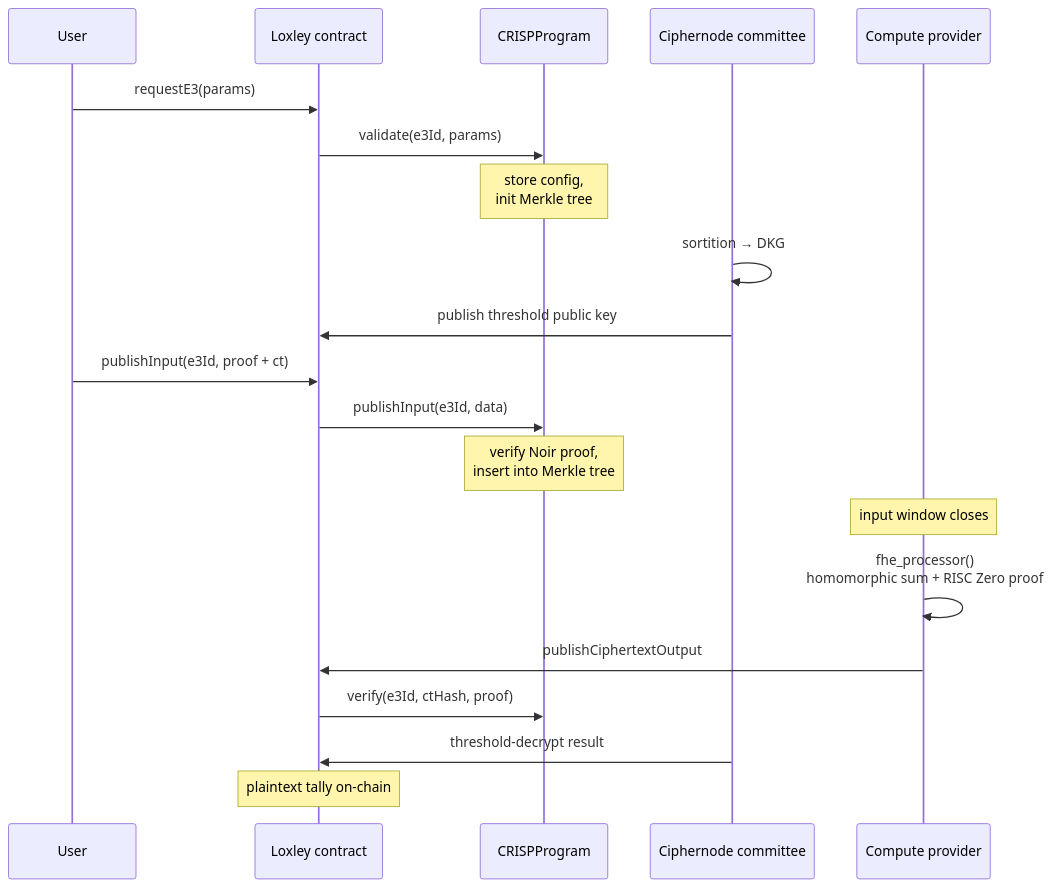
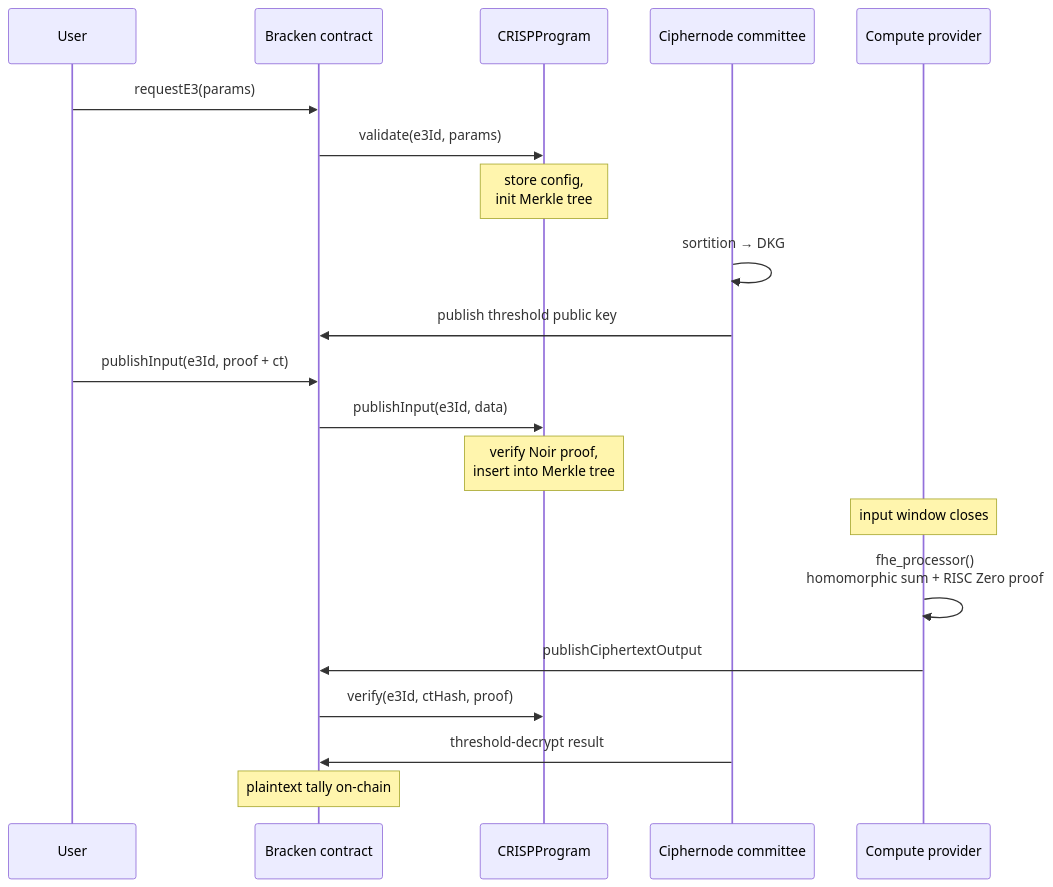
The diagram in docs/pages/tutorials/write-e3-program.mdx (thecryptodog12-rgb/bracken), drawn with Mermaid before and after one commit. The commit also changed other lines of this file and 1660 other files, not shown here.

````diff
--- a/docs/pages/tutorials/write-e3-program.mdx
+++ b/docs/pages/tutorials/write-e3-program.mdx
@@ -255,23 +255,23 @@
 ```mermaid
 sequenceDiagram
     participant U as User
-    participant E as Loxley contract
+    participant E as Bracken contract
     participant P as CRISPProgram
     participant C as Ciphernode committee
     participant CP as Compute provider
 
     U->>E: requestE3(params)
     E->>P: validate(e3Id, params)
     Note over P: store config,<br/>init Merkle tree
     C->>C: sortition → DKG
     C->>E: publish threshold public key
     U->>E: publishInput(e3Id, proof + ct)
     E->>P: publishInput(e3Id, data)
     Note over P: verify Noir proof,<br/>insert into Merkle tree
     Note over CP: input window closes
     CP->>CP: fhe_processor()<br/>homomorphic sum + RISC Zero proof
     CP->>E: publishCiphertextOutput
     E->>P: verify(e3Id, ctHash, proof)
     C->>E: threshold-decrypt result
     Note over E: plaintext tally on-chain
 ```
````
